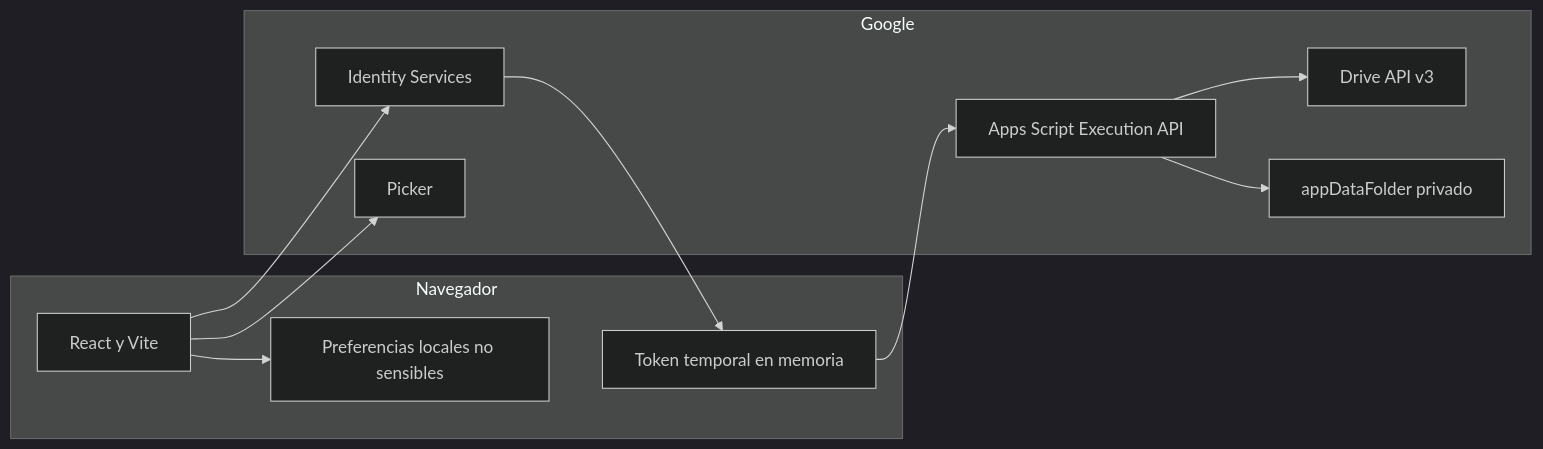
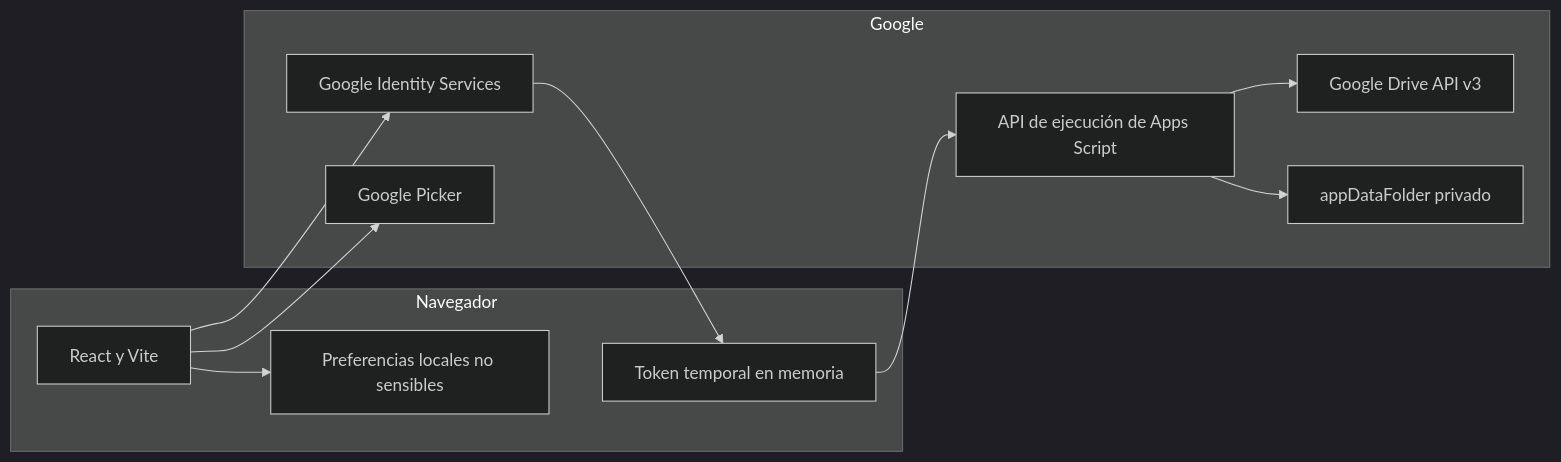
Before and after one commit to antoniojesusdelgado/drivetransfer: the first of 4 diagrams in ARCHITECTURE.md, drawn with Mermaid (dark theme). The commit also changed other lines of this file and 12 other files, not shown here.

````diff
--- a/ARCHITECTURE.md
+++ b/ARCHITECTURE.md
@@ -5,21 +5,21 @@
 ```mermaid
 flowchart LR
   subgraph Navegador
     UI[React y Vite]
     Memoria[Token temporal en memoria]
     Preferencias[Preferencias locales no sensibles]
   end
   subgraph Google
-    GIS[Identity Services]
-    Picker[Picker]
-    Script[Apps Script Execution API]
-    Drive[Drive API v3]
+    GIS[Google Identity Services]
+    Picker[Google Picker]
+    Script[API de ejecución de Apps Script]
+    Drive[Google Drive API v3]
     AppData[appDataFolder privado]
   end
   UI --> GIS --> Memoria
   UI --> Picker
   Memoria --> Script
   Script --> Drive
   Script --> AppData
   UI --> Preferencias
 ```
````
